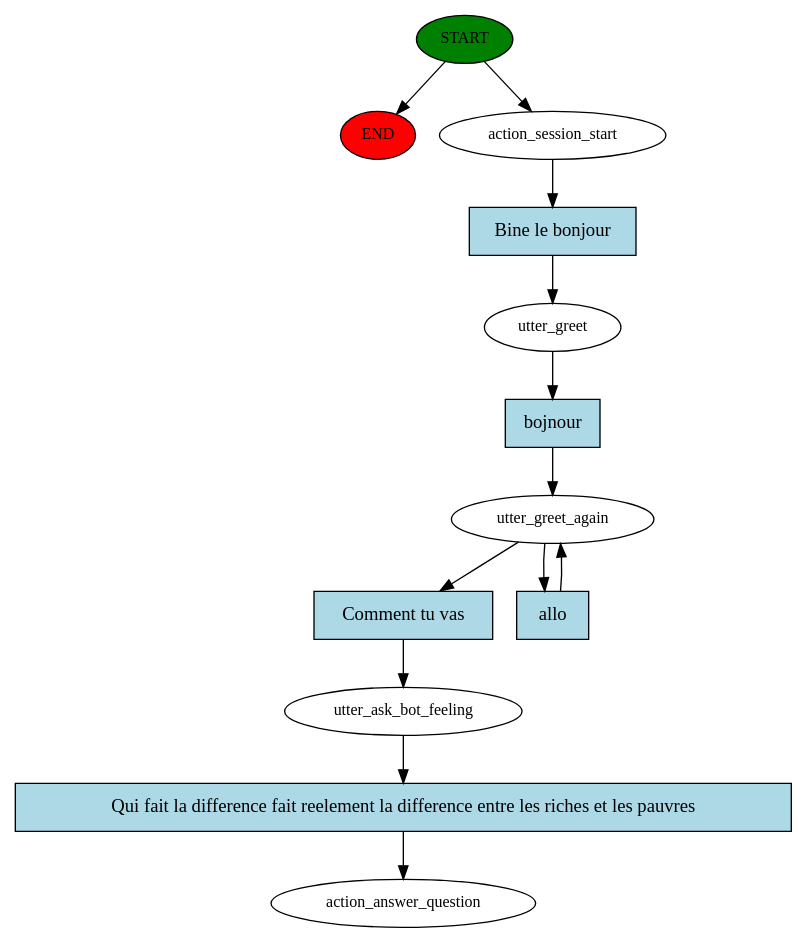
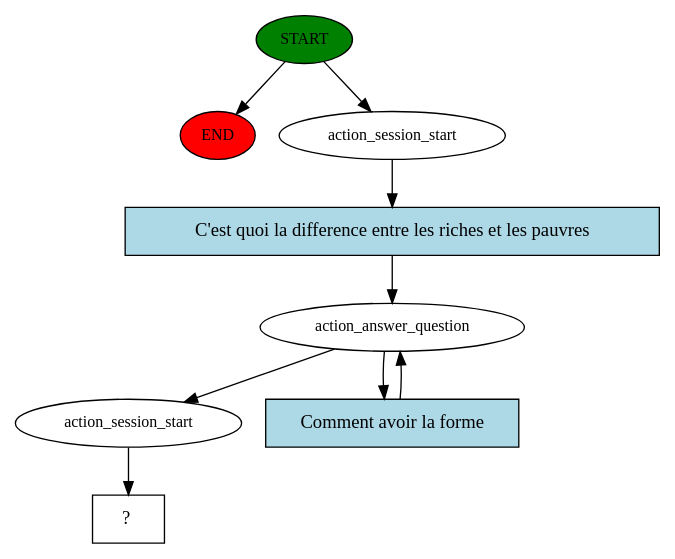
One commit to yattdev/Jady changed the diagram in jady/story_graph.dot. Above: the diagram before and after it, drawn with Graphviz. The commit also changed 32 other files, not shown here.

```diff
--- a/jady/story_graph.dot
+++ b/jady/story_graph.dot
@@ -1,26 +1,18 @@
 digraph  {
 0 [class="start active", fillcolor=green, fontsize=12, label=START, style=filled];
 "-1" [class=end, fillcolor=red, fontsize=12, label=END, style=filled];
 1 [class=active, fontsize=12, label=action_session_start];
-2 [class=active, fontsize=12, label=utter_greet];
-3 [class=active, fontsize=12, label=utter_greet_again];
-5 [class=active, fontsize=12, label=utter_ask_bot_feeling];
-6 [class="dashed active", fontsize=12, label=action_answer_question];
-7 [class="intent active", fillcolor=lightblue, label="Bine le bonjour", shape=rect, style=filled];
-8 [class="intent active", fillcolor=lightblue, label=bojnour, shape=rect, style=filled];
-9 [class="intent active", fillcolor=lightblue, label="Comment tu vas", shape=rect, style=filled];
-10 [class="intent active", fillcolor=lightblue, label=allo, shape=rect, style=filled];
-11 [class="intent active", fillcolor=lightblue, label="Qui fait la difference fait reelement la difference entre les riches et les pauvres", shape=rect, style=filled];
+2 [class=active, fontsize=12, label=action_answer_question];
+4 [class=active, fontsize=12, label=action_session_start];
+5 [class="intent dashed active", label="  ?  ", shape=rect];
+6 [class="intent active", fillcolor=lightblue, label="C'est quoi la difference entre les riches et les pauvres", shape=rect, style=filled];
+7 [class="intent active", fillcolor=lightblue, label="Comment avoir la forme", shape=rect, style=filled];
 0 -> "-1"  [class="", key=NONE, label=""];
 0 -> 1  [class=active, key=NONE, label=""];
-1 -> 7  [class=active, key=0];
-2 -> 8  [class=active, key=0];
-3 -> 9  [class=active, key=0];
-3 -> 10  [class=active, key=0];
-5 -> 11  [class=active, key=0];
+1 -> 6  [class=active, key=0];
+2 -> 4  [class=active, key=NONE, label=""];
+2 -> 7  [class=active, key=0];
+4 -> 5  [class=active, key=NONE, label=""];
+6 -> 2  [class=active, key=0];
 7 -> 2  [class=active, key=0];
-8 -> 3  [class=active, key=0];
-9 -> 5  [class=active, key=0];
-10 -> 3  [class=active, key=0];
-11 -> 6  [class=active, key=0];
 }
```
